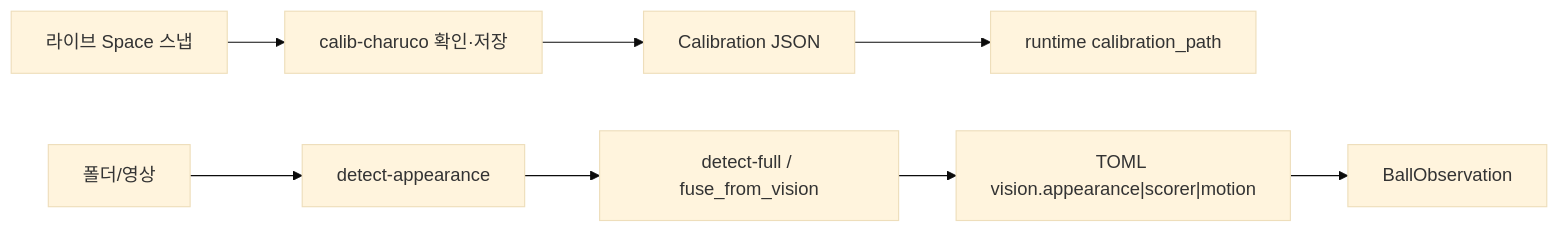
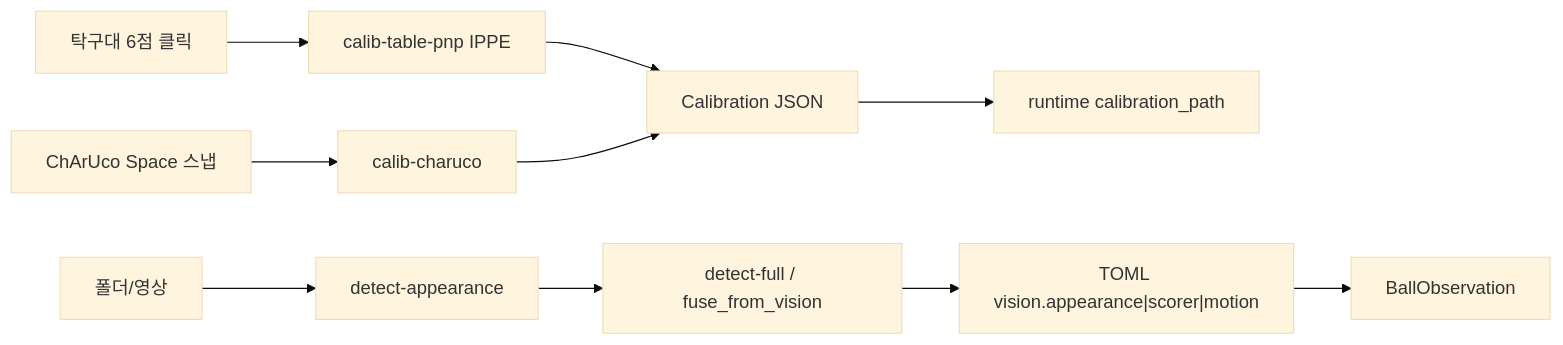
The fourth of 4 diagrams in README.md (luv-all/pingpong-bot), drawn with Mermaid (base theme) before and after one commit. The commit also changed other lines of this file and 19 other files, not shown here.

First line of the commit message:
feat(camera): add table-landmark PnP and nest calib/tri

````diff
--- a/README.md
+++ b/README.md
@@ -326,8 +327,9 @@
 ```mermaid
 flowchart LR
-  boards["라이브 Space 스냅"] --> calib["calib-charuco 확인·저장"] --> json["Calibration JSON"]
+  table["탁구대 6점 클릭"] --> pnp["calib-table-pnp IPPE"] --> json["Calibration JSON"]
+  boards["ChArUco Space 스냅"] --> calib["calib-charuco"] --> json
   frames["폴더/영상"] --> appearance["detect-appearance"] --> full["detect-full / fuse_from_vision"]
   json --> runtime["runtime calibration_path"]
   full --> vision["TOML vision.appearance|scorer|motion"]
   vision --> obs["BallObservation"]
 ```
````
